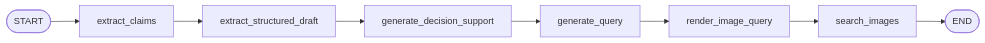
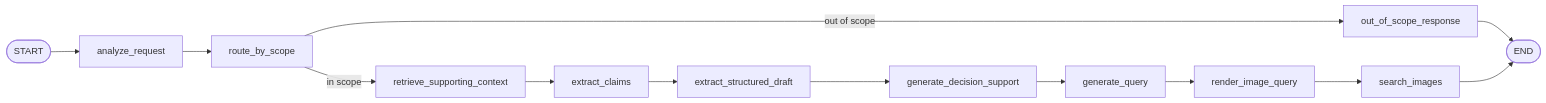
One commit to mofuteq/trend-to-rule changed the second of 2 diagrams in README.md. Above: the diagram before and after it, drawn with Mermaid. The commit also changed other lines of this file and 3 other files, not shown here.

````diff
--- a/README.md
+++ b/README.md
@@ -160,10 +162,15 @@
 ```mermaid
 flowchart LR
-    S([START]) --> EC[extract_claims]
+    S([START]) --> AR[analyze_request]
+    AR --> R[route_by_scope]
+    R -->|out of scope| OOS[out_of_scope_response]
+    OOS --> E([END])
+    R -->|in scope| RSC[retrieve_supporting_context]
+    RSC --> EC[extract_claims]
     EC --> ESD[extract_structured_draft]
     ESD --> GDS[generate_decision_support]
     GDS --> GQ[generate_query]
     GQ --> RIQ[render_image_query]
     RIQ --> SI[search_images]
-    SI --> E([END])
+    SI --> E
 ```
````
